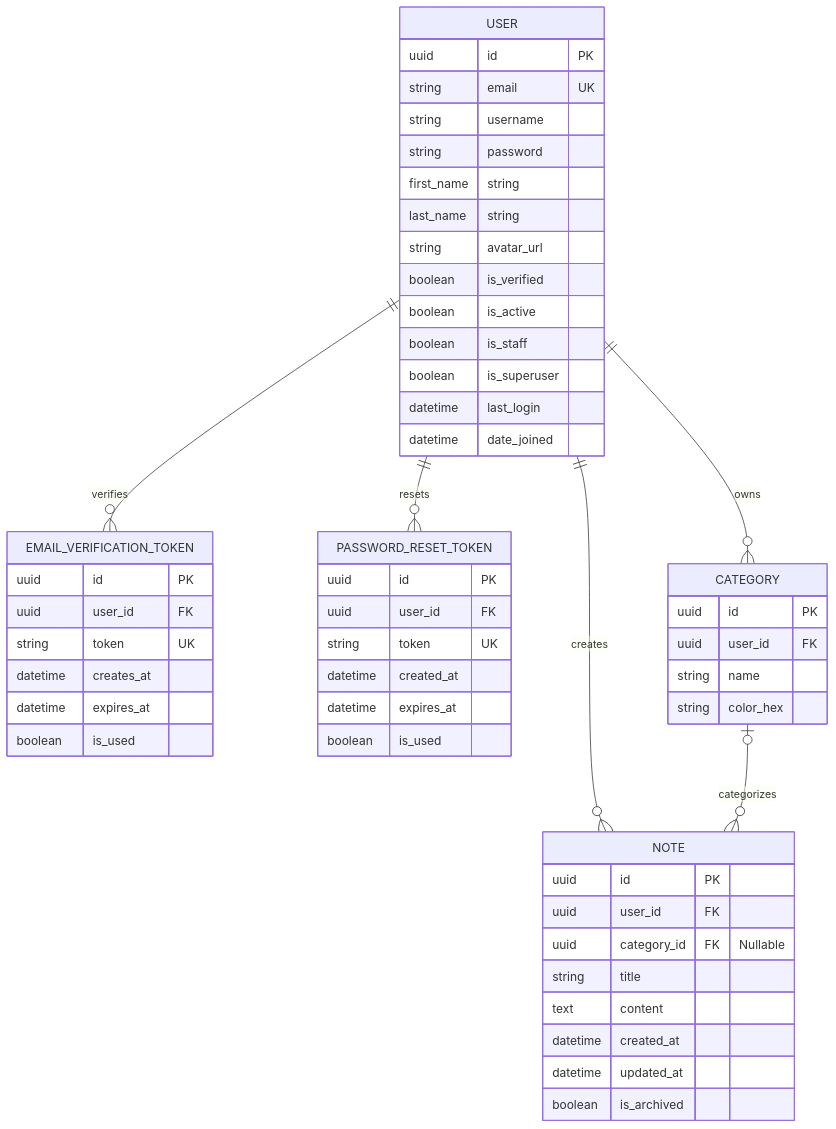
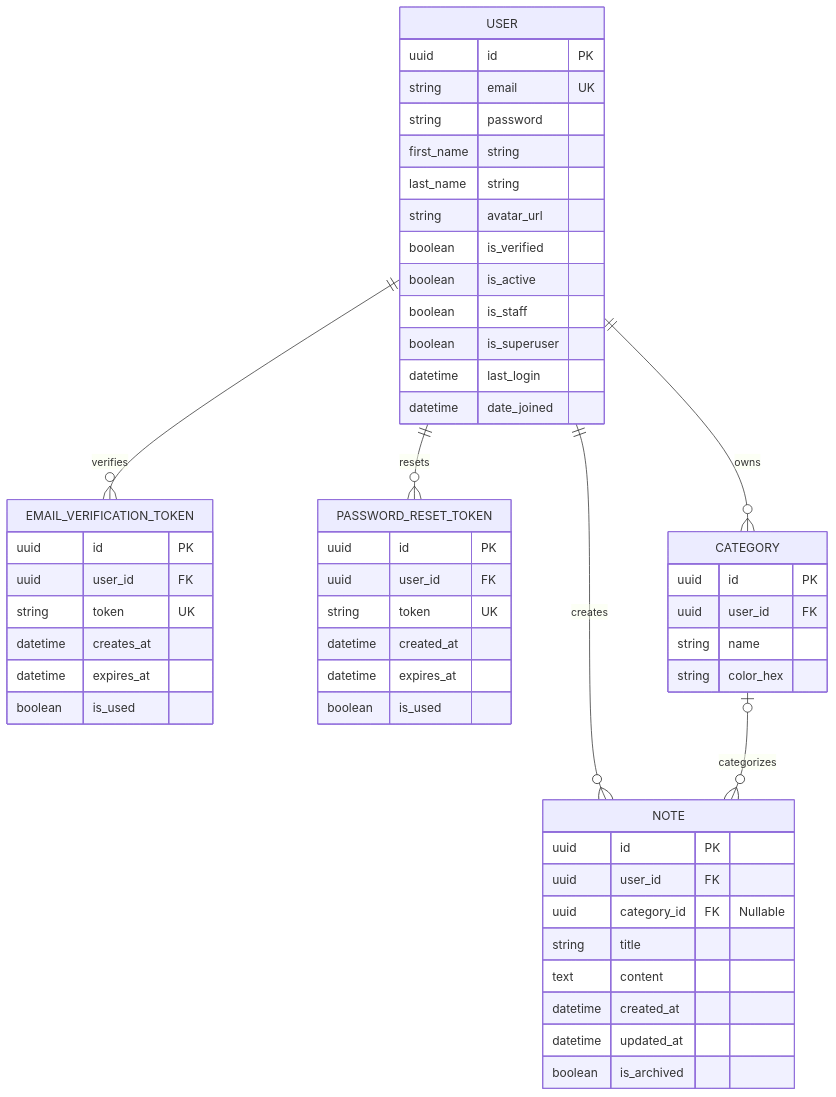
Before and after one commit to RossCabrera/Swiftnote: the diagram in docs/database_schema.md, drawn with Mermaid. The commit also changed 2 other files, not shown here.

Commit message:
refactor(auth): remove username field from user model and update schema

````diff
--- a/docs/database_schema.md
+++ b/docs/database_schema.md
@@ -9,63 +9,62 @@
 ```mermaid
 ---
 id: b74f9644-e3e1-49bf-bc6b-4e3012ae4d09
 ---
 erDiagram
   USER ||--o{ EMAIL_VERIFICATION_TOKEN : "verifies"
   USER ||--o{ PASSWORD_RESET_TOKEN : "resets"
   USER ||--o{ CATEGORY : "owns"
   USER ||--o{ NOTE : "creates"
   CATEGORY o|--o{ NOTE : "categorizes"
   
   USER {
     uuid id PK
     string email UK
-    string username
     string password 
     first_name string
     last_name string
     string avatar_url 
     boolean is_verified
     boolean is_active
     boolean is_staff
     boolean is_superuser
     datetime last_login
     datetime date_joined
   }
   
   EMAIL_VERIFICATION_TOKEN {
     uuid id PK
     uuid user_id FK
     string token UK
     datetime creates_at
     datetime expires_at
     boolean is_used
   }
   
   PASSWORD_RESET_TOKEN {
     uuid id PK
     uuid user_id FK
     string token UK
     datetime created_at
     datetime expires_at
     boolean is_used
   }
   
   CATEGORY {
     uuid id PK
     uuid user_id FK
     string name
     string color_hex
   }
   
   NOTE {
     uuid id PK
     uuid user_id FK
     uuid category_id FK "Nullable"
     string title
     text content
     datetime created_at
     datetime updated_at
     boolean is_archived
   }
 ```
````
